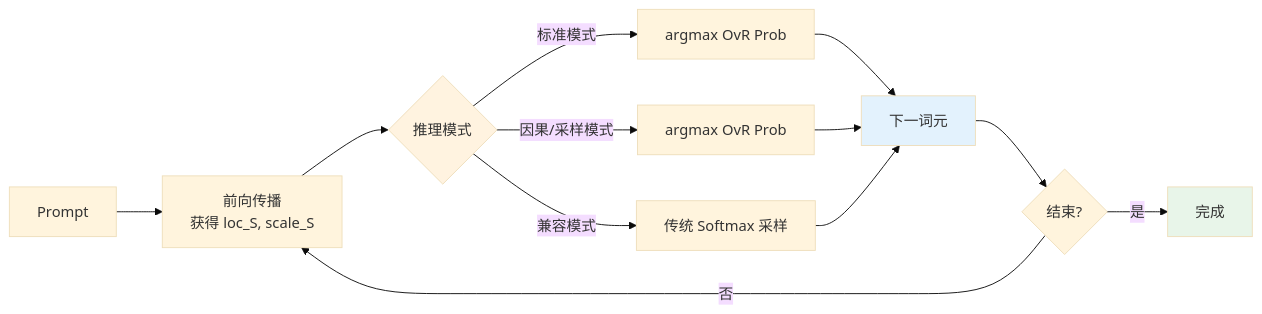
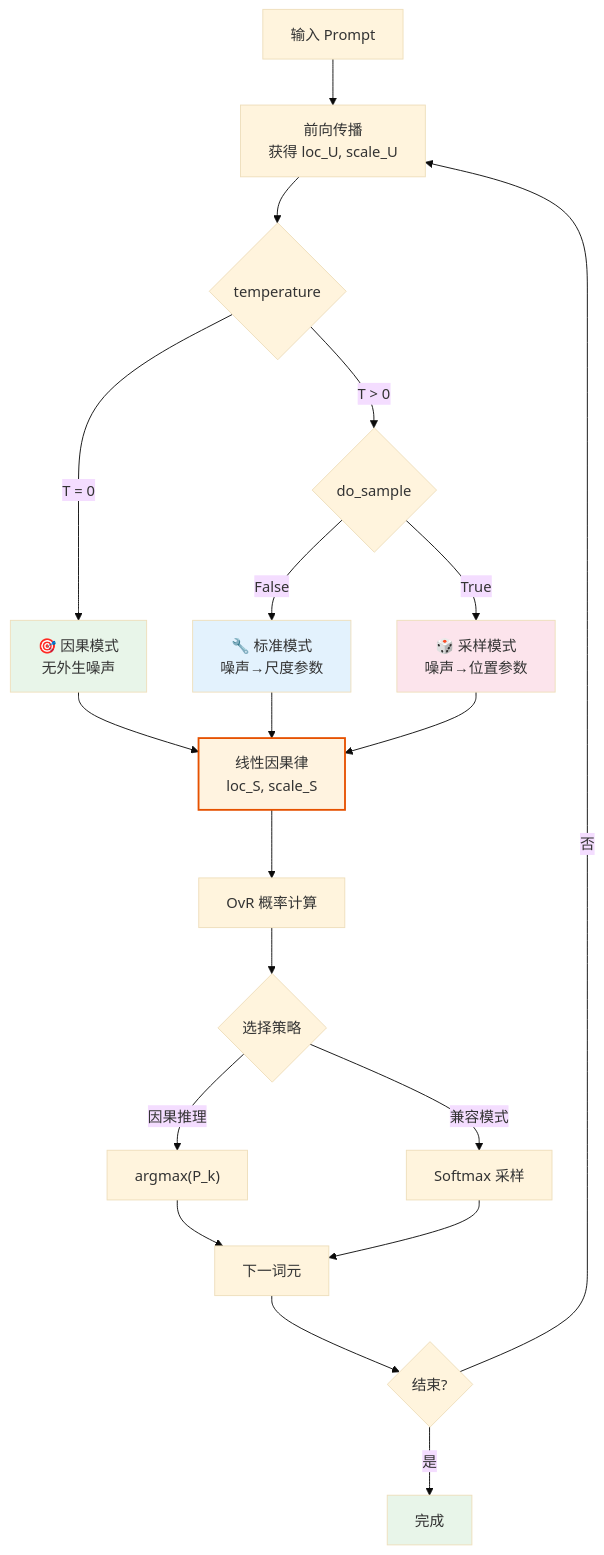
Before and after one commit to 1587causalai/CausalQwen: the eighth of 12 diagrams in docs/core_mathematical_framework.md, drawn with Mermaid (base theme). The commit also changed other lines of this file, not shown here.

````diff
--- a/docs/core_mathematical_framework.md
+++ b/docs/core_mathematical_framework.md
@@ -569,18 +571,37 @@
 ```mermaid
-graph LR
-    Prompt["Prompt"] --> Forward["前向传播<br>获得 loc_S, scale_S"]
-    Forward --> Mode{推理模式}
-    Mode -->|标准模式| Det["argmax OvR Prob"]
-    Mode -->|因果/采样模式| Samp["argmax OvR Prob"]
-    Mode -->|兼容模式| Trad["传统 Softmax 采样"]
-    Det --> Next["下一词元"]
-    Samp --> Next
-    Trad --> Next
-    Next --> Check{结束?}
-    Check -->|否| Forward
-    Check -->|是| Done["完成"]
+graph TD
+    Prompt["输入 Prompt"] --> Forward["前向传播<br>获得 loc_U, scale_U"]
     
-    style Mode fill:#fff3e0
-    style Next fill:#e3f2fd
+    Forward --> TempCheck{temperature}
+    
+    %% 推理模式分支
+    TempCheck -->|T = 0| Causal["🎯 因果模式<br>无外生噪声"]
+    TempCheck -->|T > 0| SampleCheck{do_sample}
+    
+    SampleCheck -->|False| Standard["🔧 标准模式<br>噪声→尺度参数"]
+    SampleCheck -->|True| Sampling["🎲 采样模式<br>噪声→位置参数"]
+    
+    %% 决策计算
+    Causal --> Action["线性因果律<br>loc_S, scale_S"]
+    Standard --> Action
+    Sampling --> Action
+    
+    Action --> OvR["OvR 概率计算"]
+    OvR --> Selection{选择策略}
+    
+    Selection -->|因果推理| ArgMax["argmax(P_k)"]
+    Selection -->|兼容模式| Softmax["Softmax 采样"]
+    
+    ArgMax --> NextToken["下一词元"]
+    Softmax --> NextToken
+    NextToken --> EndCheck{结束?}
+    
+    EndCheck -->|否| Forward
+    EndCheck -->|是| Done["完成"]
+    
+    style Causal fill:#e8f5e9
+    style Standard fill:#e3f2fd
+    style Sampling fill:#fce4ec
+    style Action fill:#fff3e0,stroke:#e65100,stroke-width:2px
     style Done fill:#e8f5e9
 ```
````
